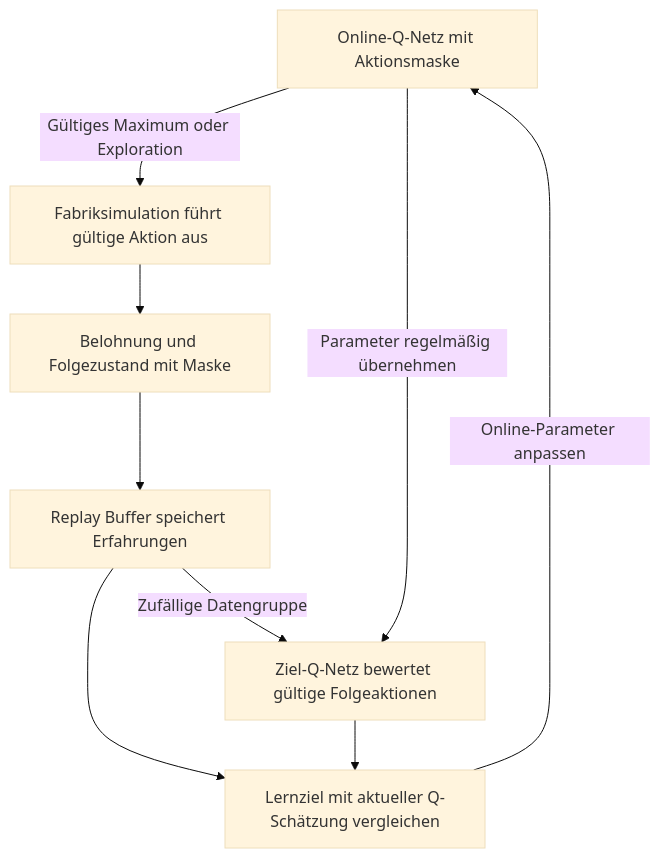
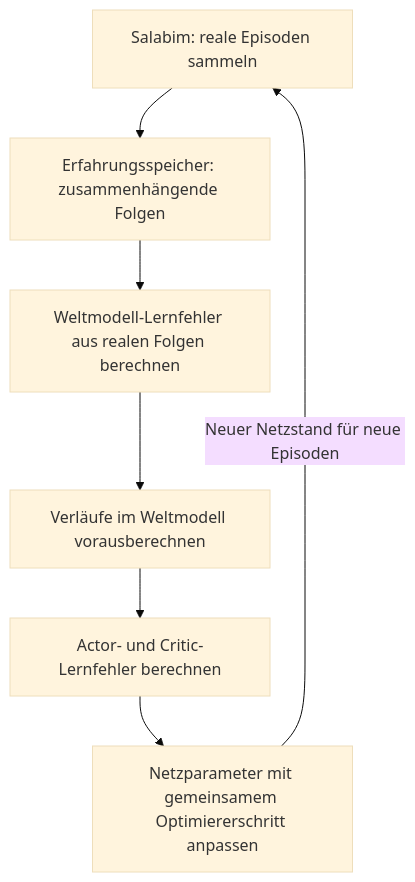
One commit to ghackenberg/SpineML changed diagram 18 of 18 in README.md. Above: the diagram before and after it, drawn with Mermaid (base theme). The commit also changed other lines of this file and 14 other files, not shown here.

````diff
--- a/README.md
+++ b/README.md
@@ -3193,18 +3224,12 @@
 ```mermaid
 flowchart TD
-    O["Online-Q-Netz mit Aktionsmaske"]
-    E["Fabriksimulation führt gültige Aktion aus"]
-    R["Belohnung und Folgezustand mit Maske"]
-    B["Replay Buffer speichert Erfahrungen"]
-    T["Ziel-Q-Netz bewertet gültige Folgeaktionen"]
-    L["Lernziel mit aktueller Q-Schätzung vergleichen"]
+    S["Salabim: reale Episoden sammeln"]
+    R["Erfahrungsspeicher: zusammenhängende Folgen"]
+    W["Weltmodell-Lernfehler aus realen Folgen berechnen"]
+    I["Verläufe im Weltmodell vorausberechnen"]
+    A["Actor- und Critic-Lernfehler berechnen"]
+    U["Netzparameter mit gemeinsamem Optimiererschritt anpassen"]
 
-    O -->|"Gültiges Maximum oder Exploration"| E
-    E --> R
-    R --> B
-    B -->|"Zufällige Datengruppe"| T
-    B --> L
-    T --> L
-    L -->|"Online-Parameter anpassen"| O
-    O -->|"Parameter regelmäßig übernehmen"| T
+    S --> R --> W --> I --> A --> U
+    U -->|"Neuer Netzstand für neue Episoden"| S
 ```
````
